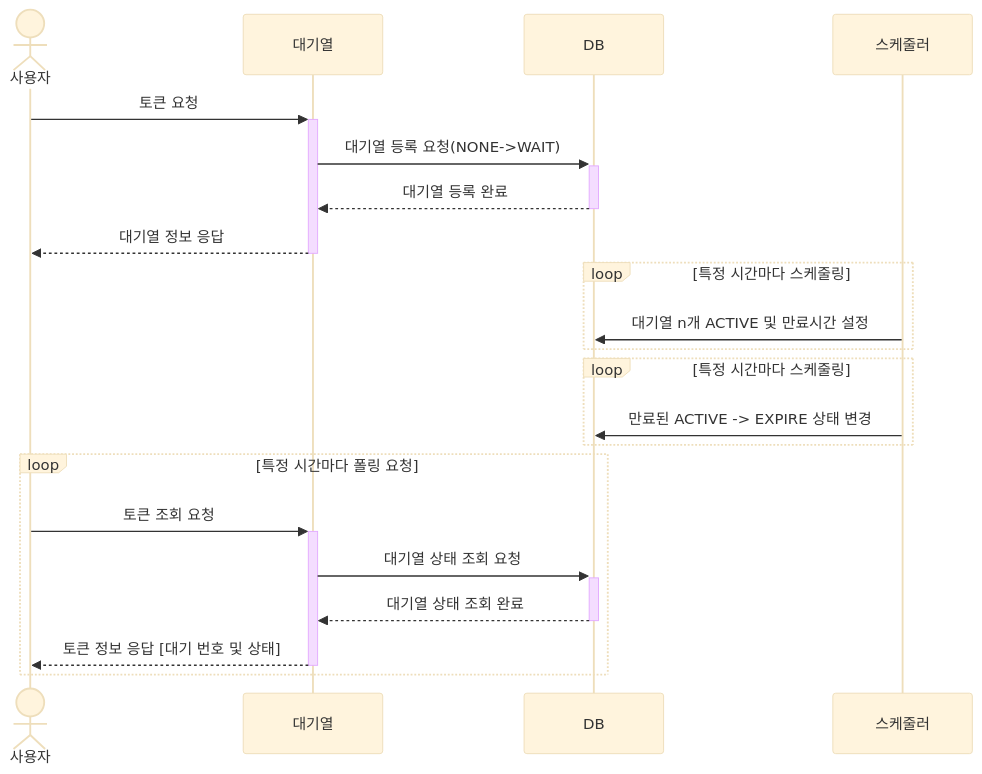
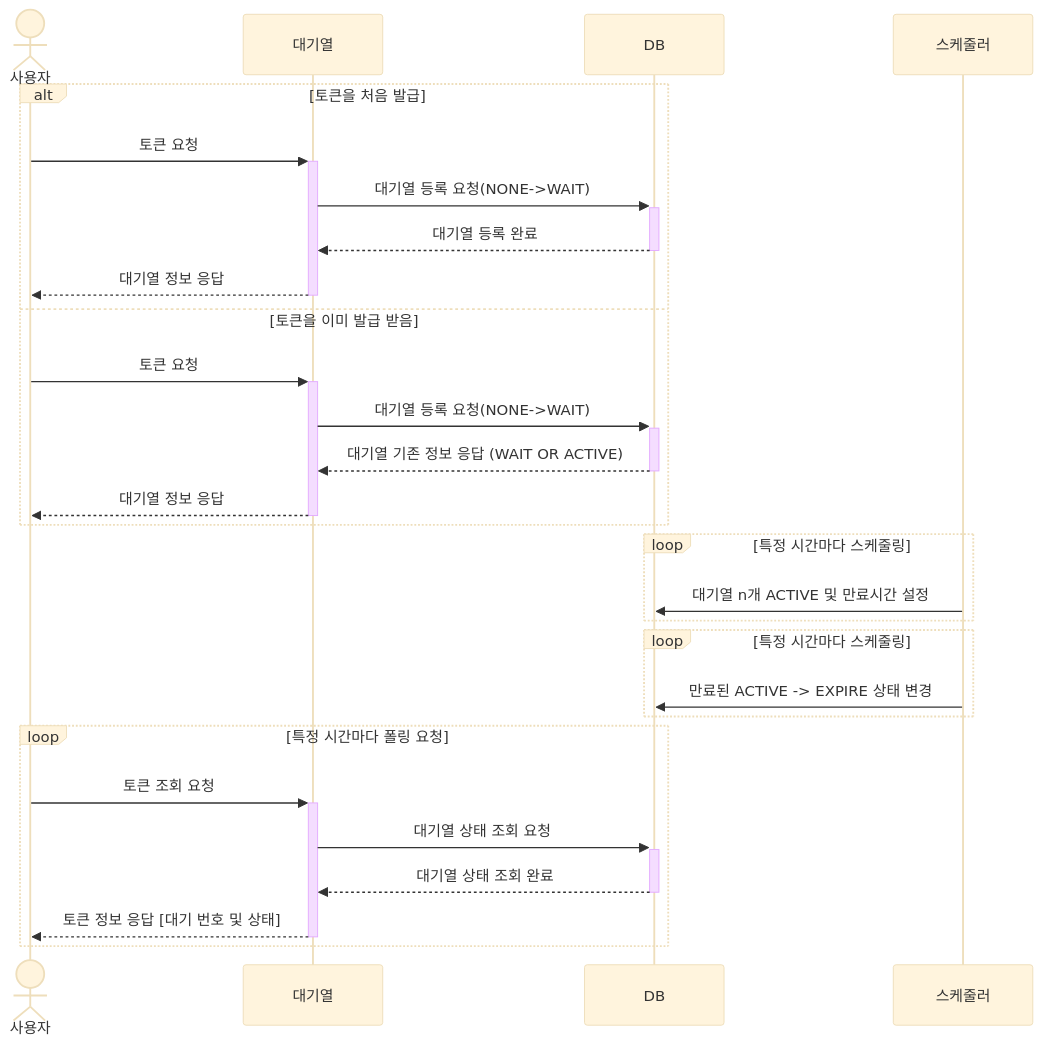
One commit to BattleLoyal/ConcertService changed the first of 7 diagrams in step5.md. Above: the diagram before and after it, drawn with Mermaid (base theme). The commit also changed other lines of this file, not shown here.

Commit message:
피드백 이후 시퀀스 다이어그램 업데이트
토큰 발급
좌석 조회
좌석 예약

````diff
--- a/step5.md
+++ b/step5.md
@@ -7,28 +7,36 @@
 ```mermaid
 sequenceDiagram
   actor 사용자 as 사용자
   participant 대기열 as 대기열
   participant DB as DB
   participant 스케줄러
 
+alt 토큰을 처음 발급
   사용자 ->>+ 대기열: 토큰 요청
   대기열 ->>+ DB: 대기열 등록 요청(NONE->WAIT)
   DB -->>- 대기열: 대기열 등록 완료
   대기열 -->>- 사용자: 대기열 정보 응답
+else 토큰을 이미 발급 받음
+  사용자 ->>+ 대기열: 토큰 요청
+  대기열 ->>+ DB: 대기열 등록 요청(NONE->WAIT)
+  DB -->>- 대기열: 대기열 기존 정보 응답 (WAIT OR ACTIVE)
+  대기열 -->>- 사용자: 대기열 정보 응답
+end
 
 loop 특정 시간마다 스케줄링
     스케줄러 ->> DB: 대기열 n개 ACTIVE 및 만료시간 설정
 end
 
 loop 특정 시간마다 스케줄링
     스케줄러 ->> DB: 만료된 ACTIVE -> EXPIRE 상태 변경
 end
 
 loop 특정 시간마다 폴링 요청
     사용자 ->>+ 대기열: 토큰 조회 요청
     대기열 ->>+ DB: 대기열 상태 조회 요청
     DB -->>- 대기열: 대기열 상태 조회 완료
     대기열 -->>- 사용자: 토큰 정보 응답 [대기 번호 및 상태]
 end
 
+
 ```
````
